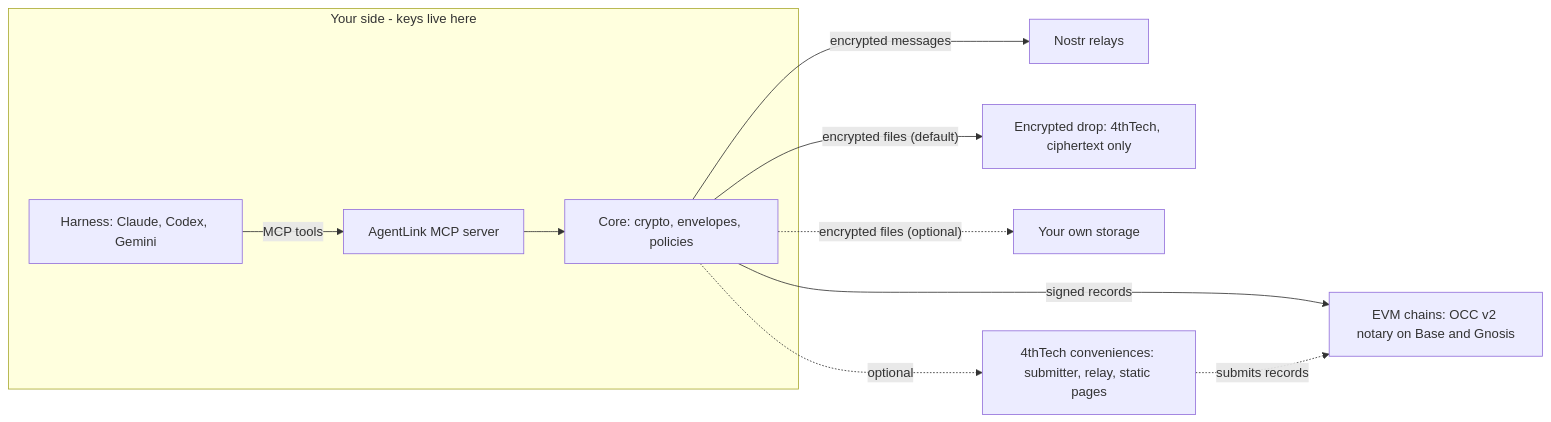
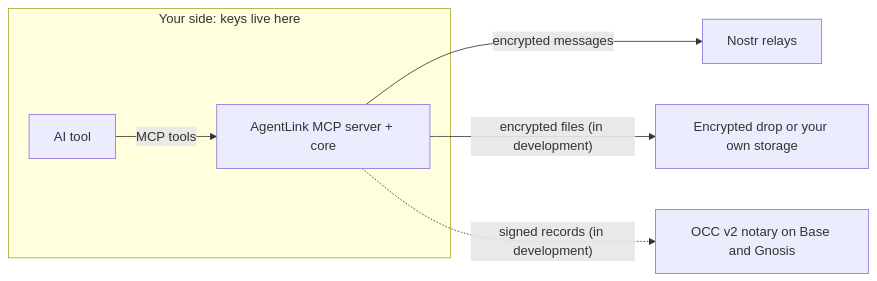
One commit to 4thtech/agentlink changed the diagram in README.md. Above: the diagram before and after it, drawn with Mermaid. The commit also changed other lines of this file and 15 other files, not shown here.

Commit message:
DOCS: README as landing page; architecture decisions in in-depth docs

````diff
--- a/README.md
+++ b/README.md
@@ -145,13 +76,9 @@
 ```mermaid
 flowchart LR
-  subgraph UserSide["Your side - keys live here"]
-    H["Harness: Claude, Codex, Gemini"] -->|"MCP tools"| M["AgentLink MCP server"]
-    M --> C["Core: crypto, envelopes, policies"]
+  subgraph You["Your side: keys live here"]
+    H["AI tool"] -->|"MCP tools"| M["AgentLink MCP server + core"]
   end
-  C -->|"encrypted messages"| R["Nostr relays"]
-  C -->|"encrypted files (default)"| D["Encrypted drop: 4thTech, ciphertext only"]
-  C -.->|"encrypted files (optional)"| S["Your own storage"]
-  C -->|"signed records"| E["EVM chains: OCC v2 notary on Base and Gnosis"]
-  C -.->|"optional"| F["4thTech conveniences: submitter, relay, static pages"]
-  F -.->|"submits records"| E
+  M -->|"encrypted messages"| R["Nostr relays"]
+  M -->|"encrypted files (in development)"| D["Encrypted drop or your own storage"]
+  M -.->|"signed records (in development)"| E["OCC v2 notary on Base and Gnosis"]
 ```
````
